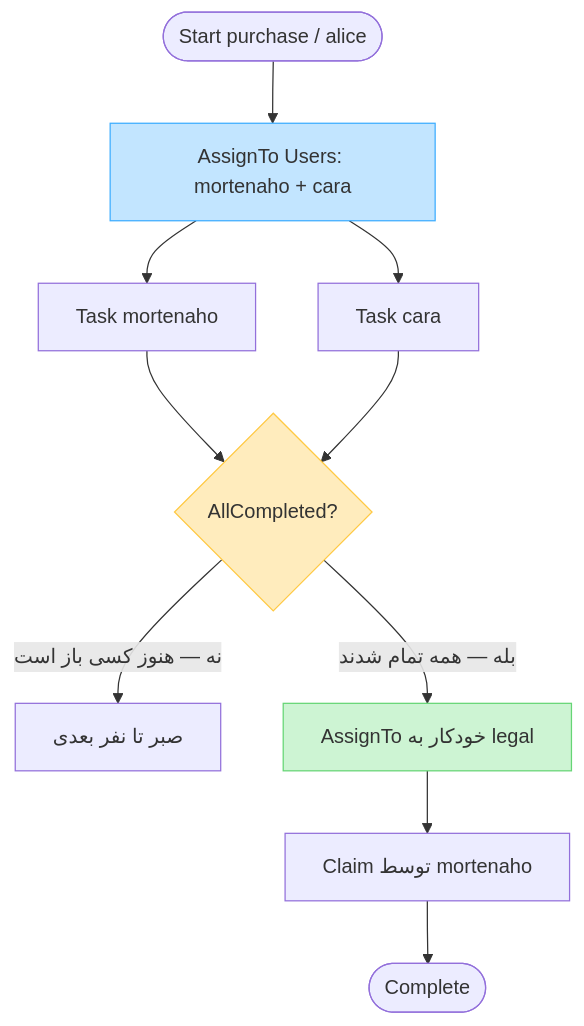
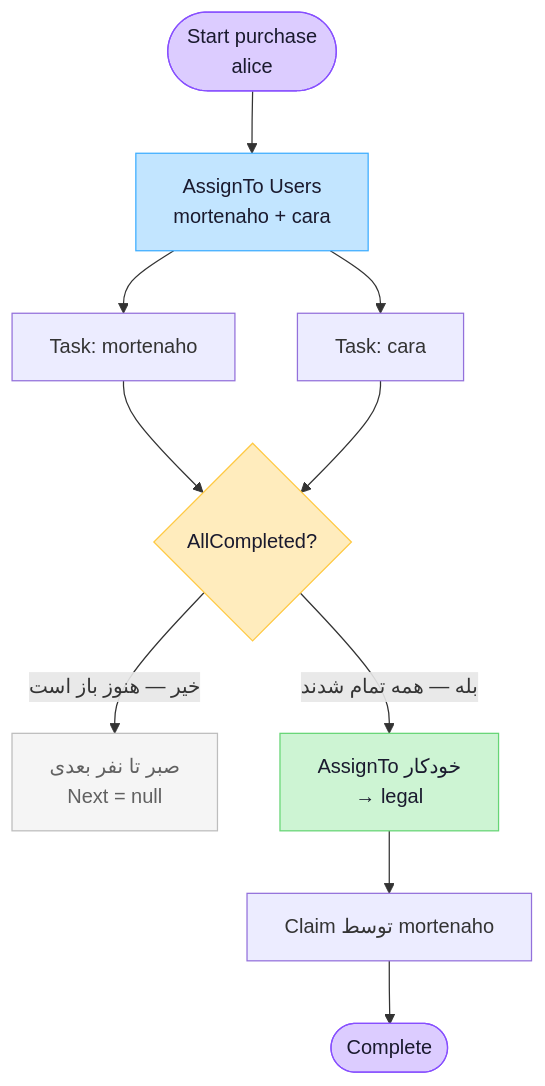
One commit to mortenaho/WorkFlowEngine changed the second of 4 diagrams in docs/usage.md. Above: the diagram before and after it, drawn with Mermaid. The commit also changed other lines of this file and 3 other files, not shown here.

First line of the commit message:
Enhance documentation with improved Mermaid diagram styling and rendering

````diff
--- a/docs/usage.md
+++ b/docs/usage.md
@@ -200,16 +209,19 @@
 ```mermaid
 flowchart TD
-    start([Start purchase / alice]) --> parallel["AssignTo Users: mortenaho + cara"]
-    parallel --> m[Task mortenaho]
-    parallel --> c[Task cara]
-    m --> join{AllCompleted?}
+    start(["Start purchase<br/>alice"]) --> parallel["AssignTo Users<br/>mortenaho + cara"]
+    parallel --> m["Task: mortenaho"]
+    parallel --> c["Task: cara"]
+    m --> join{"AllCompleted?"}
     c --> join
-    join -->|"نه — هنوز کسی باز است"| wait[صبر تا نفر بعدی]
-    join -->|"بله — همه تمام شدند"| next["AssignTo خودکار به legal"]
-    next --> claim[Claim توسط mortenaho]
-    claim --> finish([Complete])
+    join -->|"خیر — هنوز باز است"| wait["صبر تا نفر بعدی<br/>Next = null"]
+    join -->|"بله — همه تمام شدند"| next["AssignTo خودکار<br/>→ legal"]
+    next --> claim["Claim توسط mortenaho"]
+    claim --> finish(["Complete"])
 
-    style parallel fill:#C2E5FF,stroke:#3DADFF
-    style join fill:#FFECBD,stroke:#FFC943
-    style next fill:#CDF4D3,stroke:#66D575
+    style start fill:#DCCCFF,stroke:#874FFF,color:#1a1a2e
+    style parallel fill:#C2E5FF,stroke:#3DADFF,color:#1a1a2e
+    style join fill:#FFECBD,stroke:#FFC943,color:#1a1a2e
+    style next fill:#CDF4D3,stroke:#66D575,color:#1a1a2e
+    style wait fill:#f5f5f5,stroke:#bdbdbd,color:#616161
+    style finish fill:#DCCCFF,stroke:#874FFF,color:#1a1a2e
 ```
````
